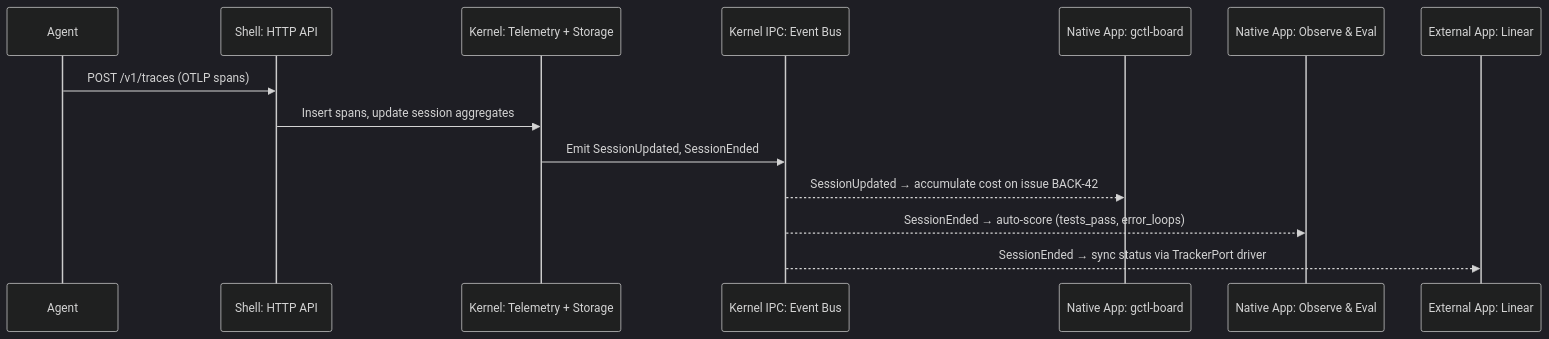
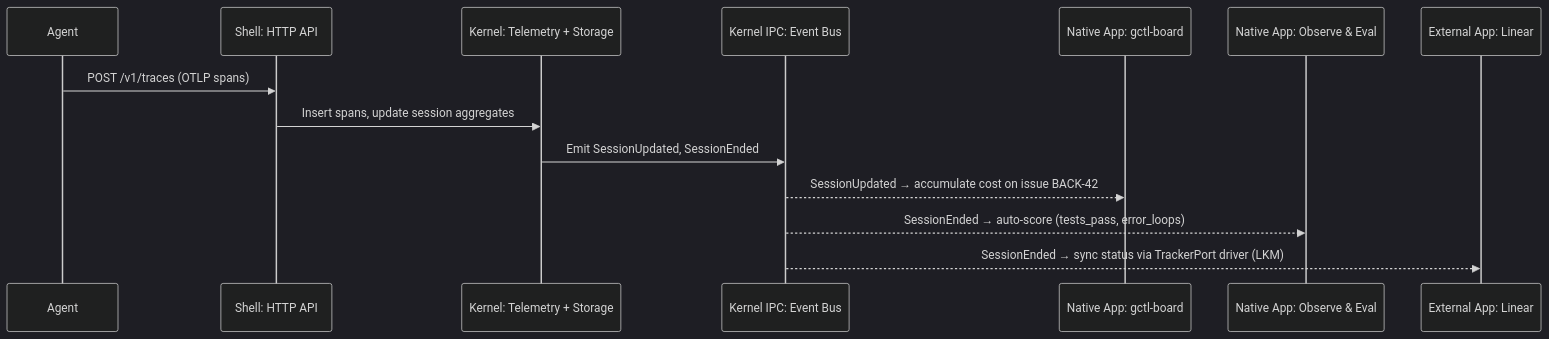
Before and after one commit to OpenHackersClub/gctrl: the second of 3 diagrams in specs/architecture/README.md, drawn with Mermaid (dark theme). The commit also changed other lines of this file and 39 other files, not shown here.

First line of the commit message:
refactor(shell): GitHub via kernel driver — no direct external API calls (#2)

````diff
--- a/specs/architecture/README.md
+++ b/specs/architecture/README.md
@@ -184,17 +194,17 @@
 ```mermaid
 sequenceDiagram
     participant Agent
     participant Shell as Shell: HTTP API
     participant Kernel as Kernel: Telemetry + Storage
     participant IPC as Kernel IPC: Event Bus
     participant Board as Native App: gctl-board
     participant Eval as Native App: Observe & Eval
     participant Linear as External App: Linear
 
     Agent->>Shell: POST /v1/traces (OTLP spans)
     Shell->>Kernel: Insert spans, update session aggregates
     Kernel->>IPC: Emit SessionUpdated, SessionEnded
     IPC-->>Board: SessionUpdated → accumulate cost on issue BACK-42
     IPC-->>Eval: SessionEnded → auto-score (tests_pass, error_loops)
-    IPC-->>Linear: SessionEnded → sync status via TrackerPort driver
+    IPC-->>Linear: SessionEnded → sync status via TrackerPort driver (LKM)
 ```
````
